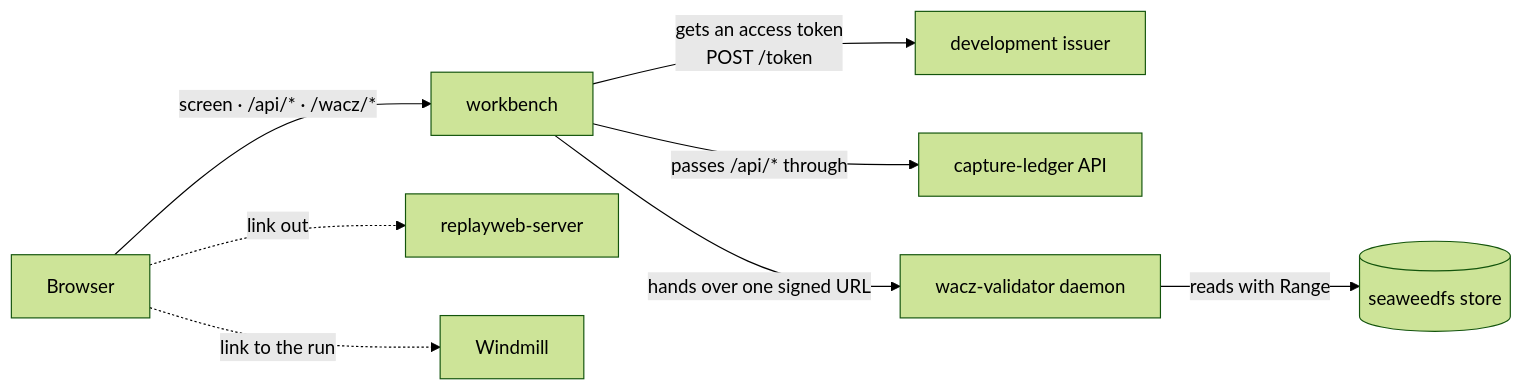
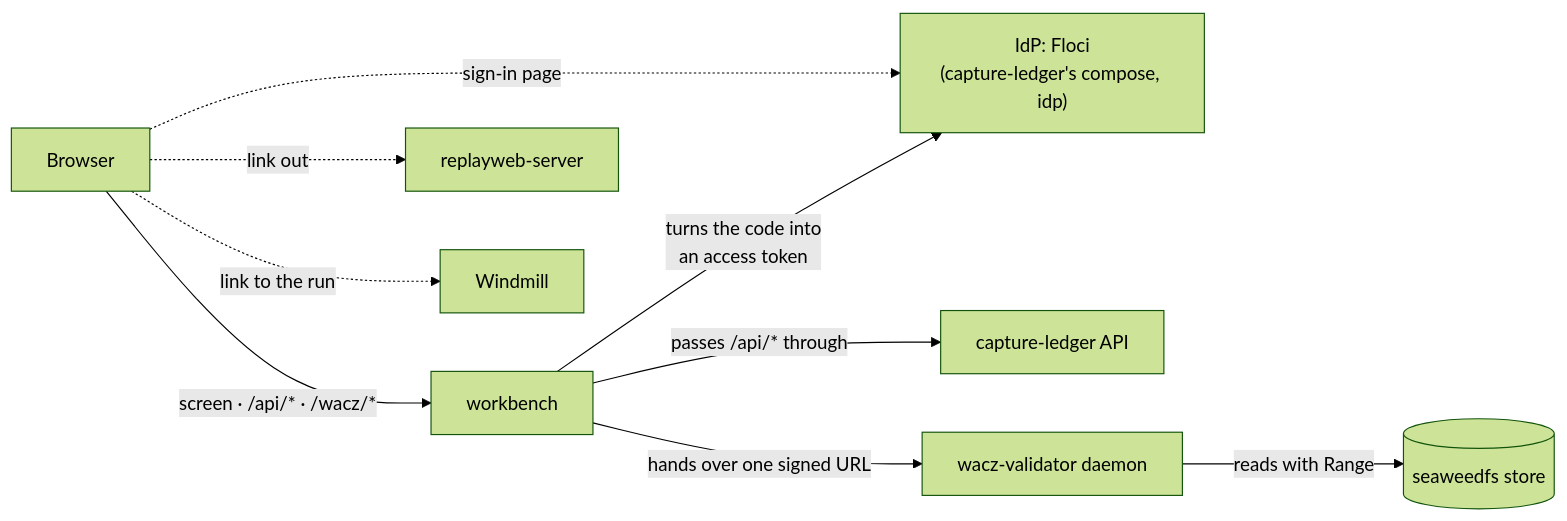
One commit to uraitakahito/capture-workbench changed the diagram in docs-site/src/content/docs/index.md. Above: the diagram before and after it, drawn with Mermaid (forest theme). The commit also changed other lines of this file and 24 other files, not shown here.

First line of the commit message:
feat!: 人の名乗りを IdP のサインイン（authorization code と PKCE）にする（CAPTURE-185） (#92)

````diff
--- a/docs-site/src/content/docs/index.md
+++ b/docs-site/src/content/docs/index.md
@@ -22,10 +22,11 @@
 ```mermaid
 flowchart LR
   B["Browser"] -->|"screen · /api/* · /wacz/*"| D["workbench"]
-  D -->|"gets an access token<br/>POST /token"| I["development issuer"]
+  B -.->|"sign-in page"| I["IdP: Floci<br/>(capture-ledger's compose, idp)"]
+  D -->|"turns the code into<br/>an access token"| I
   D -->|"passes /api/* through"| L["capture-ledger API"]
   D -->|"hands over one signed URL"| V["wacz-validator daemon"]
   V -->|"reads with Range"| S[("seaweedfs store")]
   B -.->|"link out"| R["replayweb-server"]
   B -.->|"link to the run"| W["Windmill"]
 ```
````
